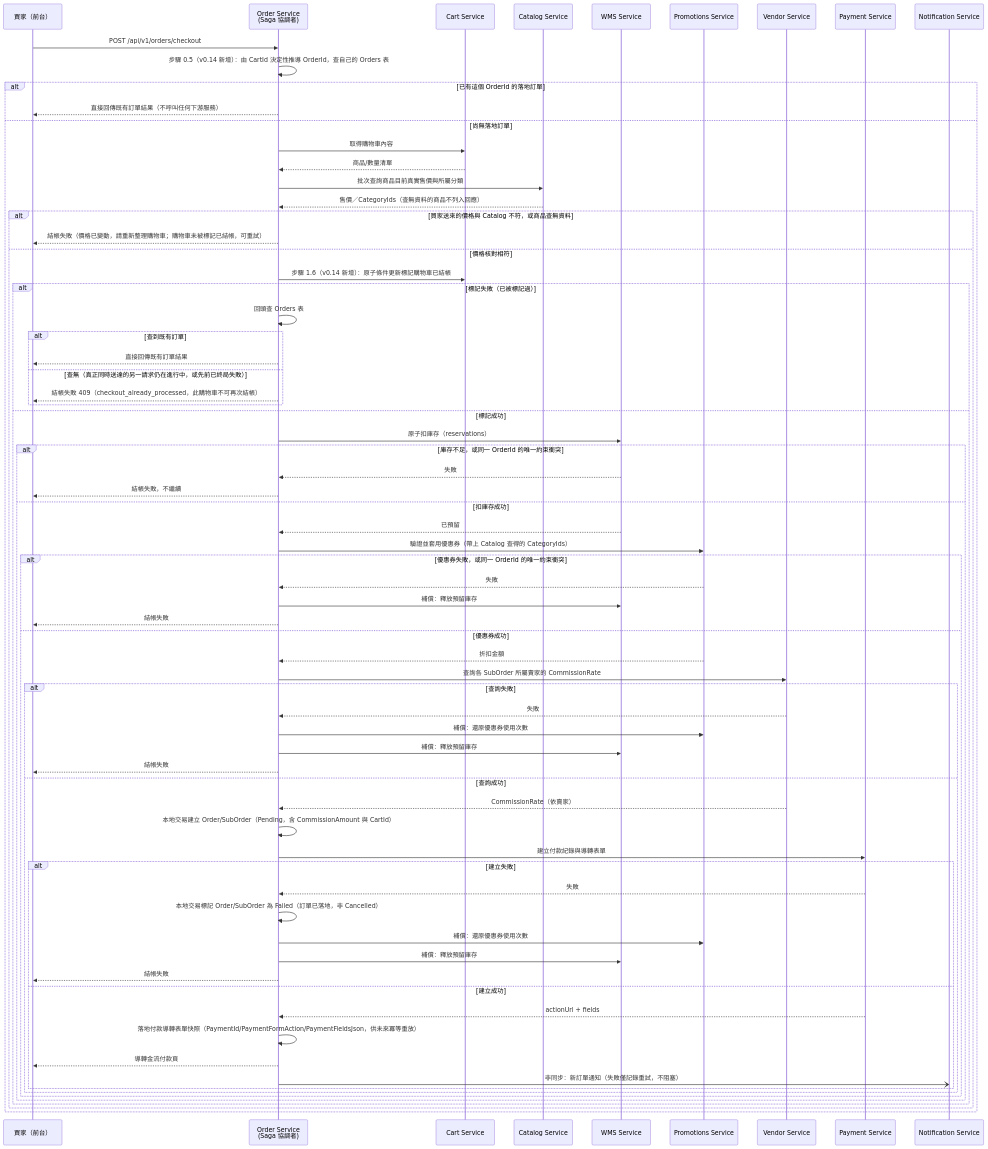
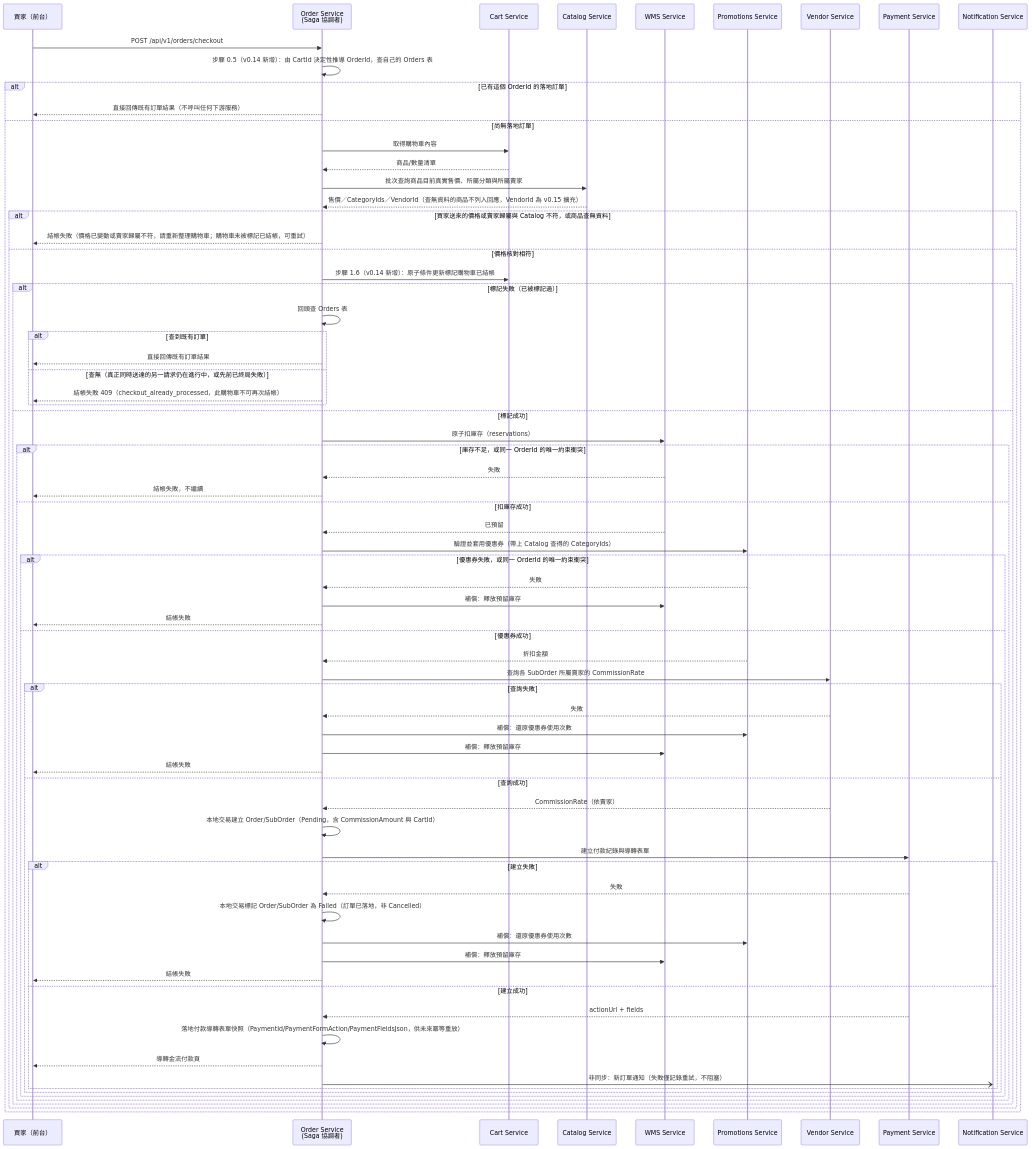
The second of 2 diagrams in docs/17-service-order.md (roycecole/suxo-shop-spec), drawn with Mermaid before and after one commit. The commit also changed other lines of this file and 1 other file, not shown here.

Commit message:
docs: 結帳 Saga 批次核價擴充核對 VendorId，修正買家可竄改賣家歸屬的資安缺口（17 v0.15、12 v0.9）
v0.13 修正買家可竄改 Price 的缺口時，17-service-order.md 記載 VendorId（品項所屬賣家，供拆
SubOrder／算佣金）「本輪未一併改為伺服器權威來源，仍是已知的相鄰風險」——本輪收斂：

- 12-service-catalog.md §5：POST /internal/v1/catalog/products/batch 回應擴充 VendorId
  （商品/變體各自一份，變體取自所屬 Product，比照既有 CategoryIds 規則）。

- 17-service-order.md §2/§4：SubOrder.VendorId 欄位說明、步驟 1.5 說明與循序圖同步更新——
  買家送來的 VendorId 只用於跟 Catalog 查得的權威值比對，不相符即整筆拒絕（409，
  reason=vendor_mismatch，比照既有 price_mismatch 機制），不再是 Vendor 抽成費率查詢／
  SubOrder 拆分的資料來源。

對應 ecommerce-services 同輪程式碼修正（另行提交）。

````diff
--- a/docs/17-service-order.md
+++ b/docs/17-service-order.md
@@ -126,75 +127,75 @@
 ```mermaid
 sequenceDiagram
     participant Buyer as 買家（前台）
     participant Order as Order Service<br/>(Saga 協調者)
     participant Cart as Cart Service
     participant Catalog as Catalog Service
     participant WMS as WMS Service
     participant Promo as Promotions Service
     participant Vendor as Vendor Service
     participant Pay as Payment Service
     participant Noti as Notification Service
 
     Buyer->>Order: POST /api/v1/orders/checkout
     Order->>Order: 步驟 0.5（v0.14 新增）：由 CartId 決定性推導 OrderId，查自己的 Orders 表
     alt 已有這個 OrderId 的落地訂單
         Order-->>Buyer: 直接回傳既有訂單結果（不呼叫任何下游服務）
     else 尚無落地訂單
         Order->>Cart: 取得購物車內容
         Cart-->>Order: 商品/數量清單
-        Order->>Catalog: 批次查詢商品目前真實售價與所屬分類
-        Catalog-->>Order: 售價／CategoryIds（查無資料的商品不列入回應）
-        alt 買家送來的價格與 Catalog 不符，或商品查無資料
-            Order-->>Buyer: 結帳失敗（價格已變動，請重新整理購物車；購物車未被標記已結帳，可重試）
+        Order->>Catalog: 批次查詢商品目前真實售價、所屬分類與所屬賣家
+        Catalog-->>Order: 售價／CategoryIds／VendorId（查無資料的商品不列入回應，VendorId 為 v0.15 擴充）
+        alt 買家送來的價格或賣家歸屬與 Catalog 不符，或商品查無資料
+            Order-->>Buyer: 結帳失敗（價格已變動或賣家歸屬不符，請重新整理購物車；購物車未被標記已結帳，可重試）
         else 價格核對相符
             Order->>Cart: 步驟 1.6（v0.14 新增）：原子條件更新標記購物車已結帳
             alt 標記失敗（已被標記過）
                 Order->>Order: 回頭查 Orders 表
                 alt 查到既有訂單
                     Order-->>Buyer: 直接回傳既有訂單結果
                 else 查無（真正同時送達的另一請求仍在進行中，或先前已終局失敗）
                     Order-->>Buyer: 結帳失敗 409（checkout_already_processed，此購物車不可再次結帳）
                 end
             else 標記成功
                 Order->>WMS: 原子扣庫存（reservations）
                 alt 庫存不足，或同一 OrderId 的唯一約束衝突
                     WMS-->>Order: 失敗
                     Order-->>Buyer: 結帳失敗，不繼續
                 else 扣庫存成功
                     WMS-->>Order: 已預留
                     Order->>Promo: 驗證並套用優惠券（帶上 Catalog 查得的 CategoryIds）
                     alt 優惠券失敗，或同一 OrderId 的唯一約束衝突
                         Promo-->>Order: 失敗
                         Order->>WMS: 補償：釋放預留庫存
                         Order-->>Buyer: 結帳失敗
                     else 優惠券成功
                         Promo-->>Order: 折扣金額
                         Order->>Vendor: 查詢各 SubOrder 所屬賣家的 CommissionRate
                         alt 查詢失敗
                             Vendor-->>Order: 失敗
                             Order->>Promo: 補償：還原優惠券使用次數
                             Order->>WMS: 補償：釋放預留庫存
                             Order-->>Buyer: 結帳失敗
                         else 查詢成功
                             Vendor-->>Order: CommissionRate（依賣家）
                             Order->>Order: 本地交易建立 Order/SubOrder（Pending，含 CommissionAmount 與 CartId）
                             Order->>Pay: 建立付款紀錄與導轉表單
                             alt 建立失敗
                                 Pay-->>Order: 失敗
                                 Order->>Order: 本地交易標記 Order/SubOrder 為 Failed（訂單已落地，非 Cancelled）
                                 Order->>Promo: 補償：還原優惠券使用次數
                                 Order->>WMS: 補償：釋放預留庫存
                                 Order-->>Buyer: 結帳失敗
                             else 建立成功
                                 Pay-->>Order: actionUrl + fields
                                 Order->>Order: 落地付款導轉表單快照（PaymentId/PaymentFormAction/PaymentFieldsJson，供未來冪等重放）
                                 Order-->>Buyer: 導轉金流付款頁
                                 Order-)Noti: 非同步：新訂單通知（失敗僅記錄重試，不阻塞）
                             end
                         end
                     end
                 end
             end
         end
     end
 ```
````
